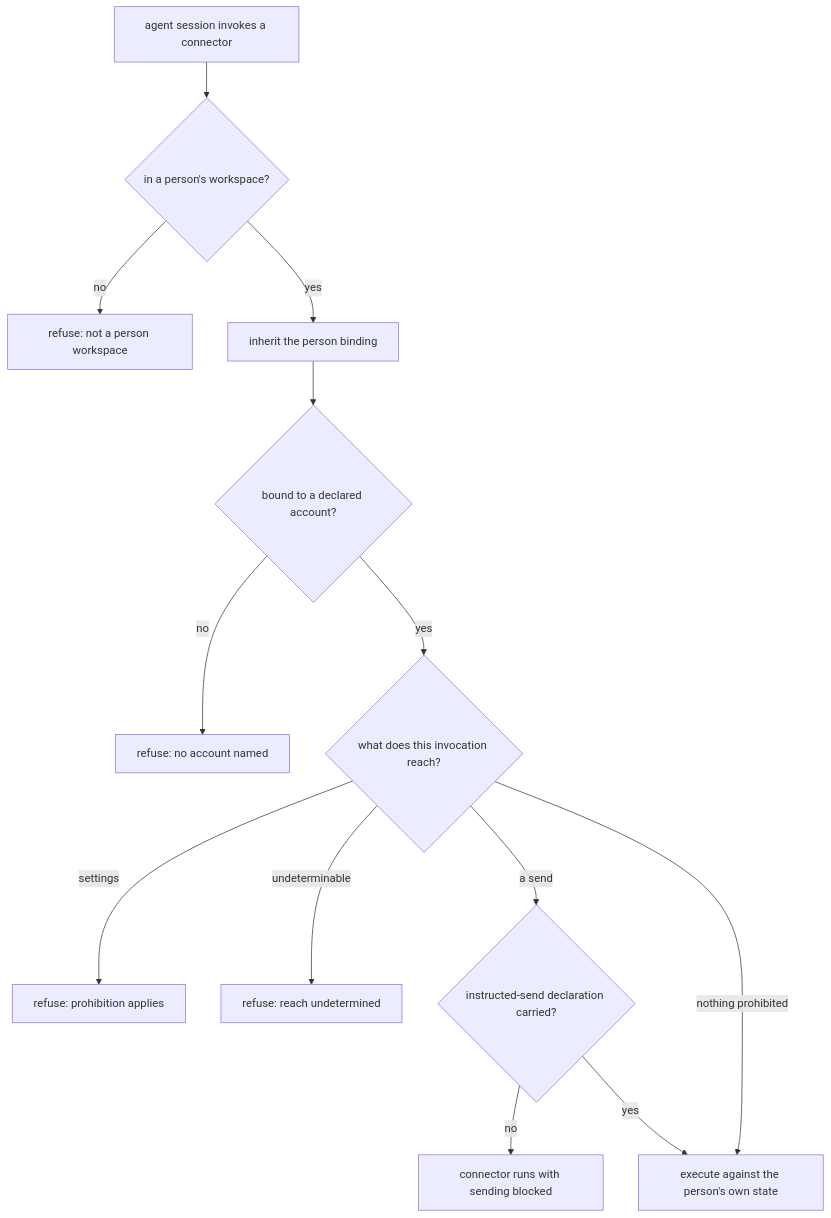
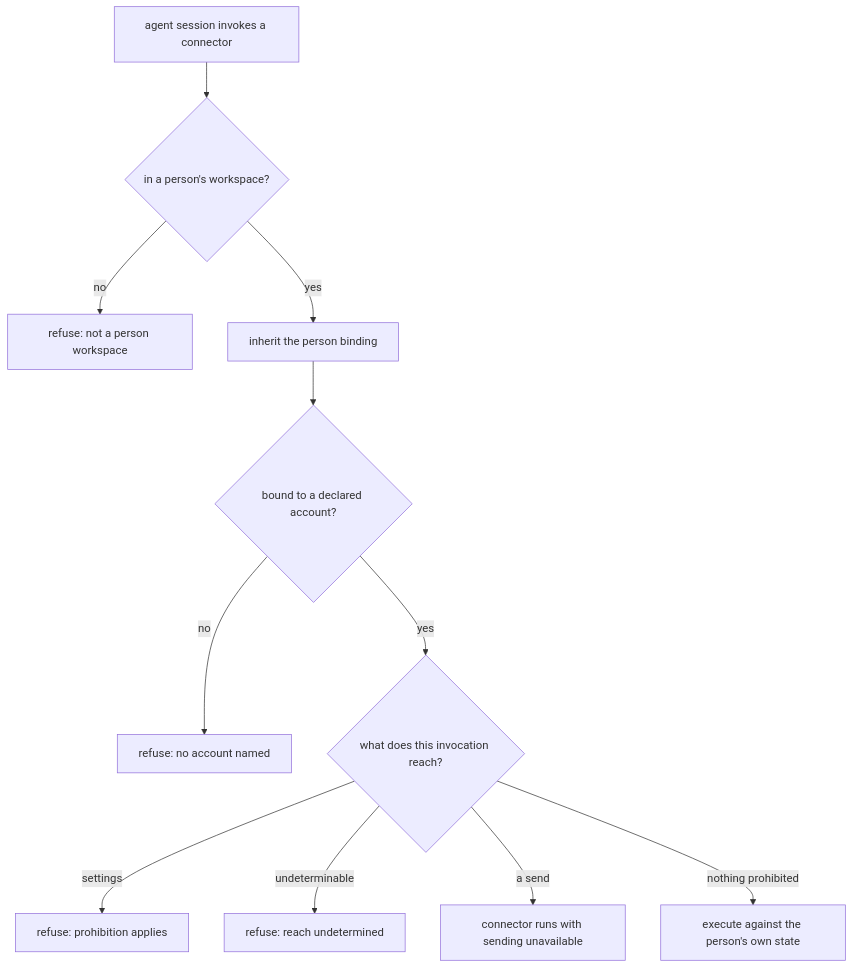
One commit to InstruktAI/TeleClaude changed the diagram in docs/project/design/architecture/assistant-connector-boundary.md. Above: the diagram before and after it, drawn with Mermaid. The commit also changed other lines of this file and 2 other files, not shown here.

First line of the commit message:
docs(architecture,integration,personal): take the conduct gate whole — the boundary sends nothing

````diff
--- a/docs/project/design/architecture/assistant-connector-boundary.md
+++ b/docs/project/design/architecture/assistant-connector-boundary.md
@@ -165,15 +159,13 @@
 ```mermaid
 flowchart TD
     A[agent session invokes a connector] --> B{in a person's workspace?}
     B -- no --> R0[refuse: not a person workspace]
     B -- yes --> C[inherit the person binding]
     C --> D{bound to a declared account?}
     D -- no --> R1[refuse: no account named]
     D -- yes --> E{what does this invocation reach?}
     E -- settings --> R2[refuse: prohibition applies]
     E -- undeterminable --> R3[refuse: reach undetermined]
-    E -- a send --> F{instructed-send declaration carried?}
-    F -- no --> R4[connector runs with sending blocked]
-    F -- yes --> G
+    E -- a send --> R4[connector runs with sending unavailable]
     E -- nothing prohibited --> G[execute against the person's own state]
 ```
````
